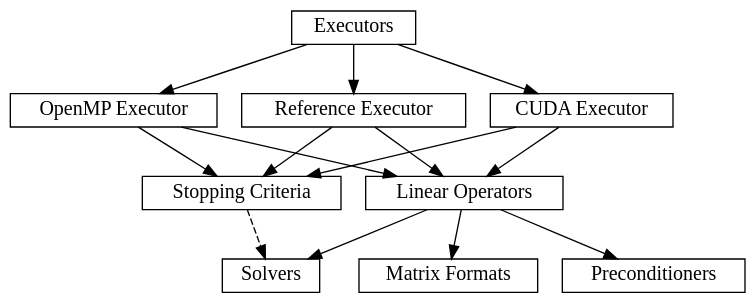
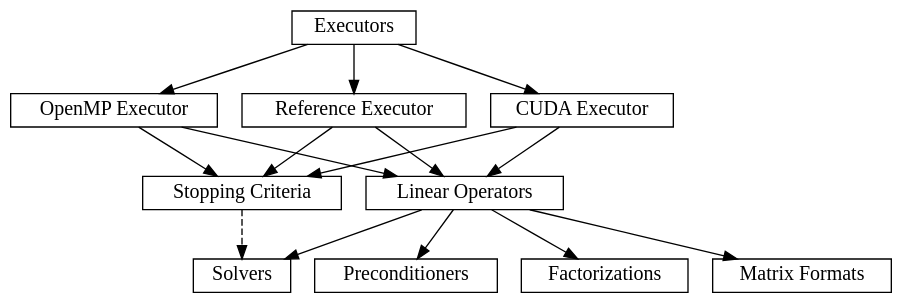
One commit to ginkgo-project/ginkgo changed the diagram in doc/headers/modules.dot. Above: the diagram before and after it, drawn with Graphviz. The commit also changed 9 other files, not shown here.

```diff
--- a/doc/headers/modules.dot
+++ b/doc/headers/modules.dot
@@ -1,35 +1,37 @@
  digraph G
 {
   graph[rankdir="TB",bgcolor="transparent"];
 
   edge [fontname="Times-Roman",fontsize=15,labelfontname="Times-Roman",labelfontsize=14];
   node [fontname="Times-Roman",fontsize=15,
         shape=record,height=0.2,width=0.4,
         color="black", fillcolor="white", style="filled"];
 
   exec [label="Executors",URL="\ref Executor"];
   omp [label="OpenMP Executor",URL="\ref exec_omp "];
   ref [label="Reference Executor",URL="\ref exec_ref"];
   cuda [label="CUDA Executor",URL="\ref exec_cuda"];
   linop [label="Linear Operators",URL="\ref LinOp"];
   solvers [label="Solvers",URL="\ref solvers"];
   precond [label="Preconditioners",URL="\ref precond"];
+  factor [label="Factorizations",URL="\ref factor"];
   matformat [label="Matrix Formats",URL="\ref mat_formats "];
   // log [label="Logging",URL="\ref log"];
   stop [label="Stopping Criteria",URL="\ref stop"];
 
   // log -> exec [color="black",fontsize=14,style="solid",fontname="Times-Roman"];
   exec -> ref [color="black",fontsize=14,style="solid",fontname="Times-Roman"];
   exec -> cuda[color="black",fontsize=14,style="solid",fontname="Times-Roman"];
   exec -> omp [color="black",fontsize=14,style="solid",fontname="Times-Roman"];
   omp -> linop [color="black",fontsize=14,style="solid",fontname="Times-Roman"];
   cuda -> linop [color="black",fontsize=14,style="solid",fontname="Times-Roman"];
   ref -> linop [color="black",fontsize=14,style="solid",fontname="Times-Roman"];
   omp -> stop [color="black",fontsize=14,style="solid",fontname="Times-Roman"];
   cuda -> stop [color="black",fontsize=14,style="solid",fontname="Times-Roman"];
   ref -> stop [color="black",fontsize=14,style="solid",fontname="Times-Roman"];
   linop -> matformat [color="black",fontsize=14,style="solid",fontname="Times-Roman"];
   linop -> solvers [color="black",fontsize=14,style="solid",fontname="Times-Roman"];
   linop -> precond [color="black",fontsize=14,style="solid",fontname="Times-Roman"];
+  linop -> factor [color="black",fontsize=14,style="solid",fontname="Times-Roman"];
   stop -> solvers [color="black",fontsize=14,style="dashed",fontname="Times-Roman"];
 }
```
